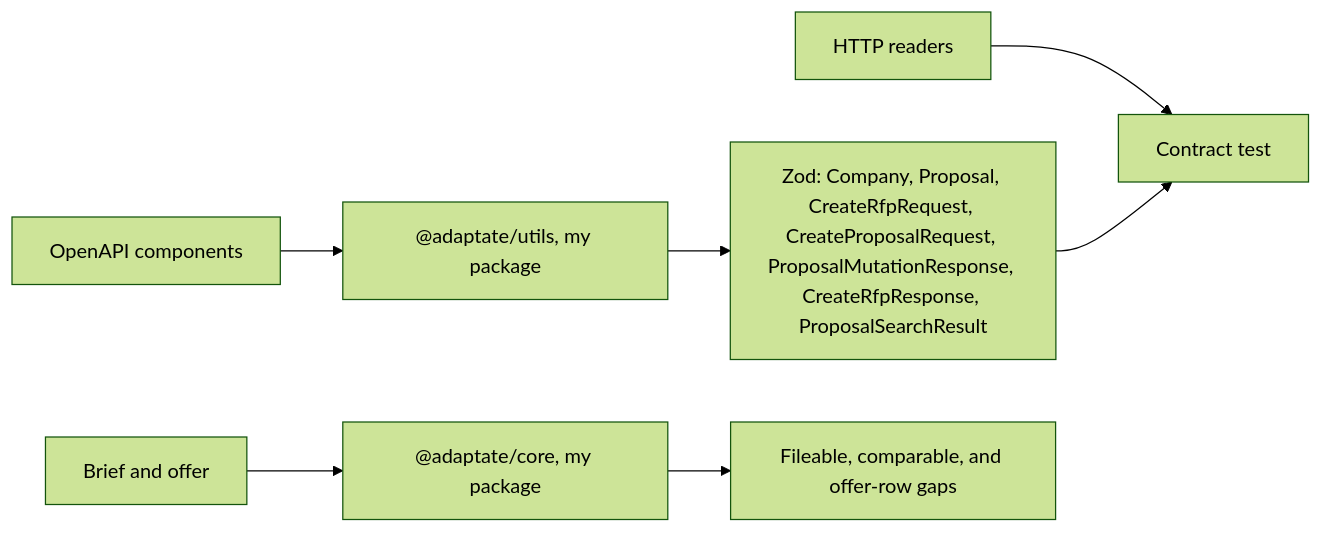
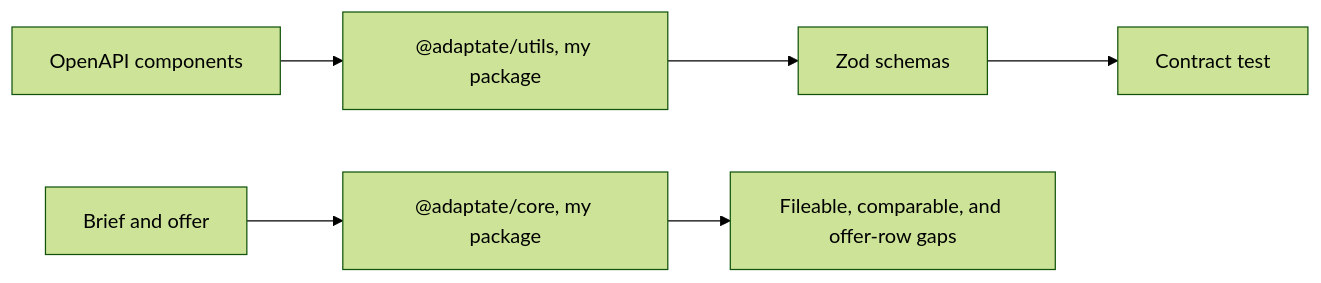
Before and after one commit to p10ns11y/proposales-planner-bench: the first of 6 diagrams in docs/ARCHITECTURE.md, drawn with Mermaid (forest theme). The commit also changed other lines of this file and 6 other files, not shown here.

````diff
--- a/docs/ARCHITECTURE.md
+++ b/docs/ARCHITECTURE.md
@@ -11,9 +28,8 @@
 ```mermaid
 flowchart LR
   spec["OpenAPI components"] --> utils["@adaptate/utils, my package"]
-  utils --> zod["Zod: Company, Proposal, CreateRfpRequest, CreateProposalRequest, ProposalMutationResponse, CreateRfpResponse, ProposalSearchResult"]
-  readers["HTTP readers"] --> test["Contract test"]
-  zod --> test
+  utils --> zod["Zod schemas"]
+  zod --> test["Contract test"]
   brief["Brief and offer"] --> core["@adaptate/core, my package"]
   core --> gaps["Fileable, comparable, and offer-row gaps"]
 ```
````
